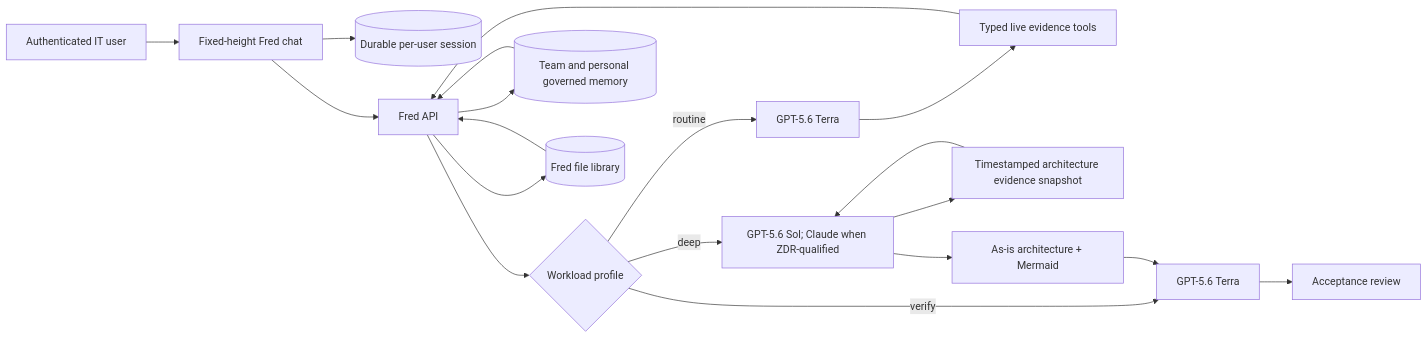
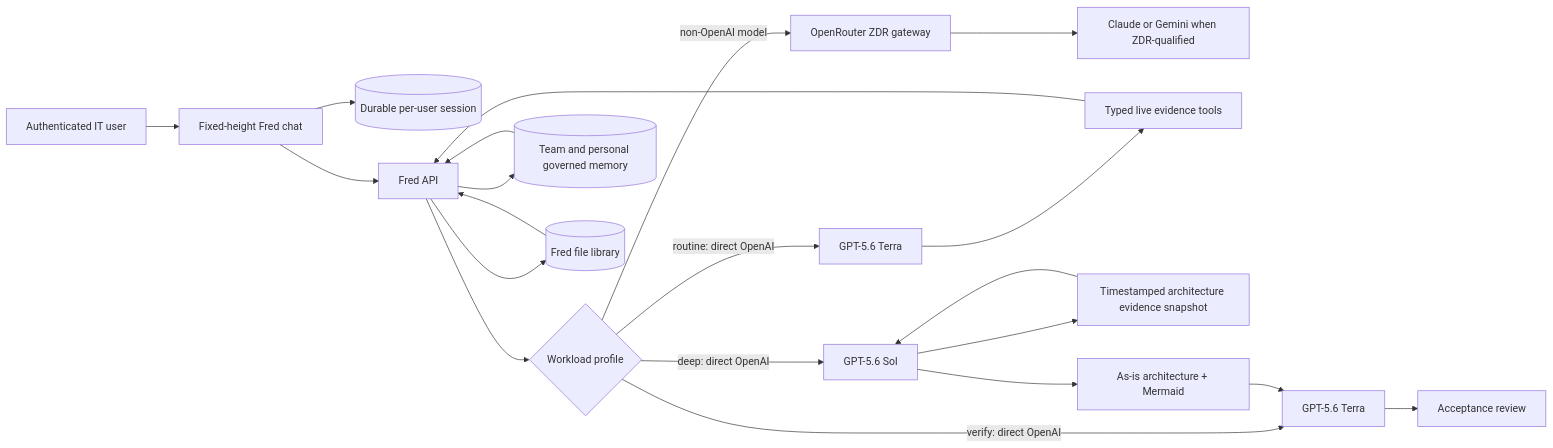
Before and after one commit to OlderschCoder/Network-Insight-Hub: the diagram in docs/fred-model-memory-flow.mmd, drawn with Mermaid. The commit also changed 4 other files, not shown here.

Commit message:
fix: route OpenAI models through direct API

```diff
--- a/docs/fred-model-memory-flow.mmd
+++ b/docs/fred-model-memory-flow.mmd
@@ -1,19 +1,21 @@
 flowchart LR
   U[Authenticated IT user] --> UI[Fixed-height Fred chat]
   UI --> S[(Durable per-user session)]
   UI --> API[Fred API]
   API --> R{Workload profile}
-  R -->|routine| T[GPT-5.6 Terra]
-  R -->|deep| C[GPT-5.6 Sol; Claude when ZDR-qualified]
-  R -->|verify| V[GPT-5.6 Terra]
+  R -->|routine: direct OpenAI| T[GPT-5.6 Terra]
+  R -->|deep: direct OpenAI| C[GPT-5.6 Sol]
+  R -->|verify: direct OpenAI| V[GPT-5.6 Terra]
+  R -->|non-OpenAI model| OR[OpenRouter ZDR gateway]
+  OR --> X[Claude or Gemini when ZDR-qualified]
   T --> TOOLS[Typed live evidence tools]
   C --> SNAP[Timestamped architecture evidence snapshot]
   SNAP --> C
   C --> D[As-is architecture + Mermaid]
   D --> V
   V --> A[Acceptance review]
   API --> M[(Team and personal governed memory)]
   API --> F[(Fred file library)]
   TOOLS --> API
   M --> API
   F --> API
```
